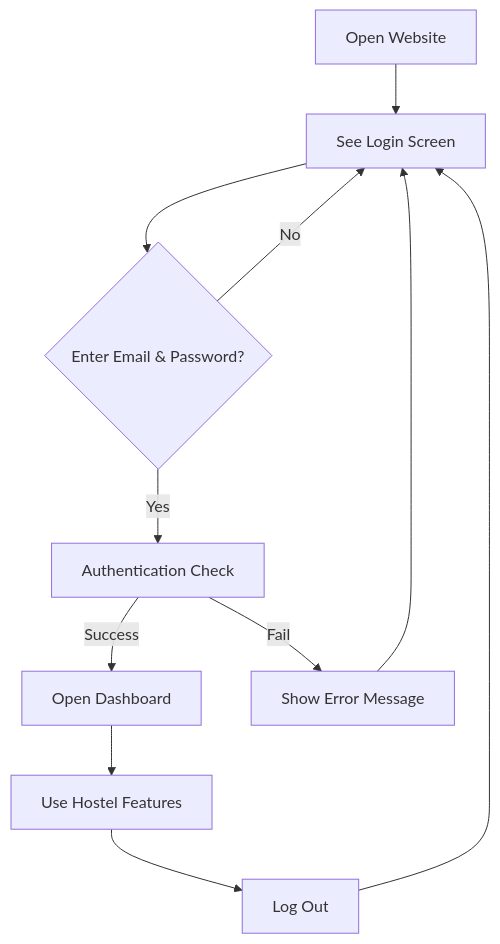
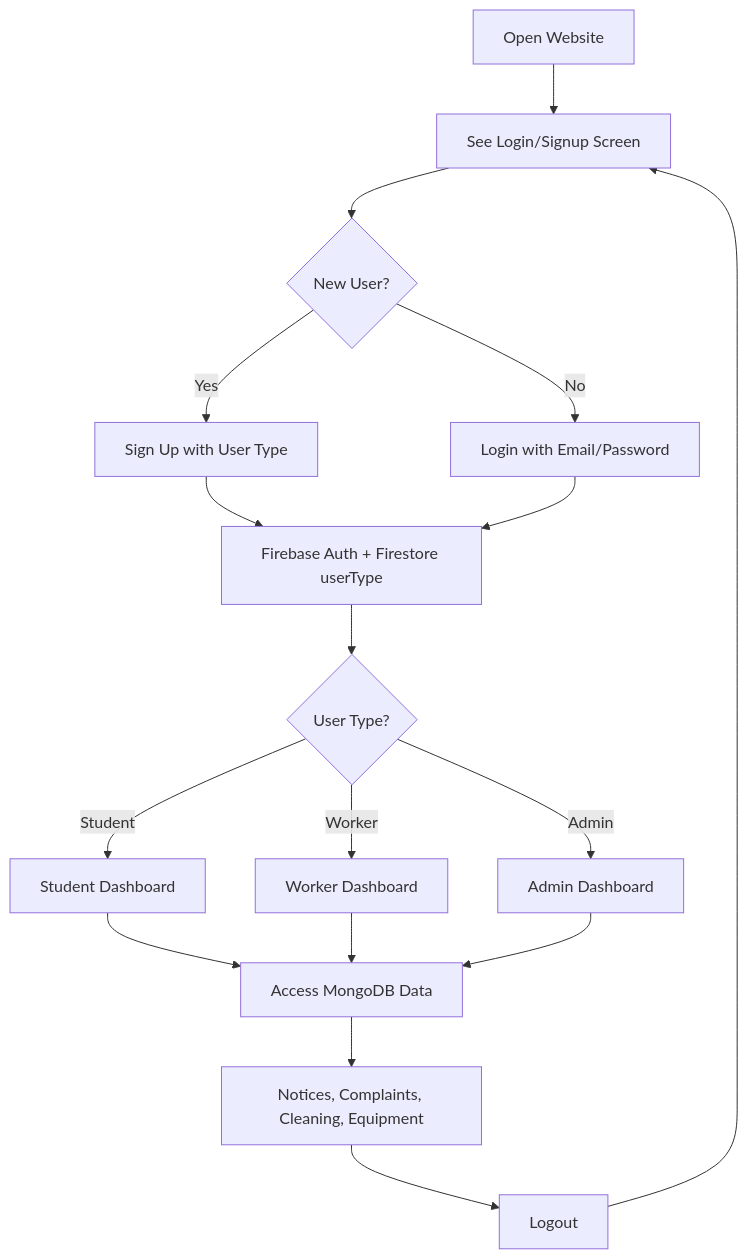
Before and after one commit to harshalsp07/Hostel_Management_portal: the diagram in README.md, drawn with Mermaid. The commit also changed other lines of this file and 716 other files, not shown here.

````diff
--- a/README.md
+++ b/README.md
@@ -8,13 +131,19 @@
 ```mermaid
 flowchart TD
-    A[Open Website] --> B[See Login Screen]
-    B --> C{Enter Email & Password?}
-    C -- No --> B
-    C -- Yes --> D[Authentication Check]
-    D -->|Success| E[Open Dashboard]
-    D -->|Fail| F[Show Error Message]
-    F --> B
-    E --> G[Use Hostel Features]
-    G --> H[Log Out]
-    H --> B
+    A[Open Website] --> B[See Login/Signup Screen]
+    B --> C{New User?}
+    C -- Yes --> D[Sign Up with User Type]
+    C -- No --> E[Login with Email/Password]
+    D --> F[Firebase Auth + Firestore userType]
+    E --> F
+    F --> G{User Type?}
+    G -- Student --> H[Student Dashboard]
+    G -- Worker --> I[Worker Dashboard]
+    G -- Admin --> J[Admin Dashboard]
+    H --> K[Access MongoDB Data]
+    I --> K
+    J --> K
+    K --> L[Notices, Complaints, Cleaning, Equipment]
+    L --> M[Logout]
+    M --> B
 ```
````
